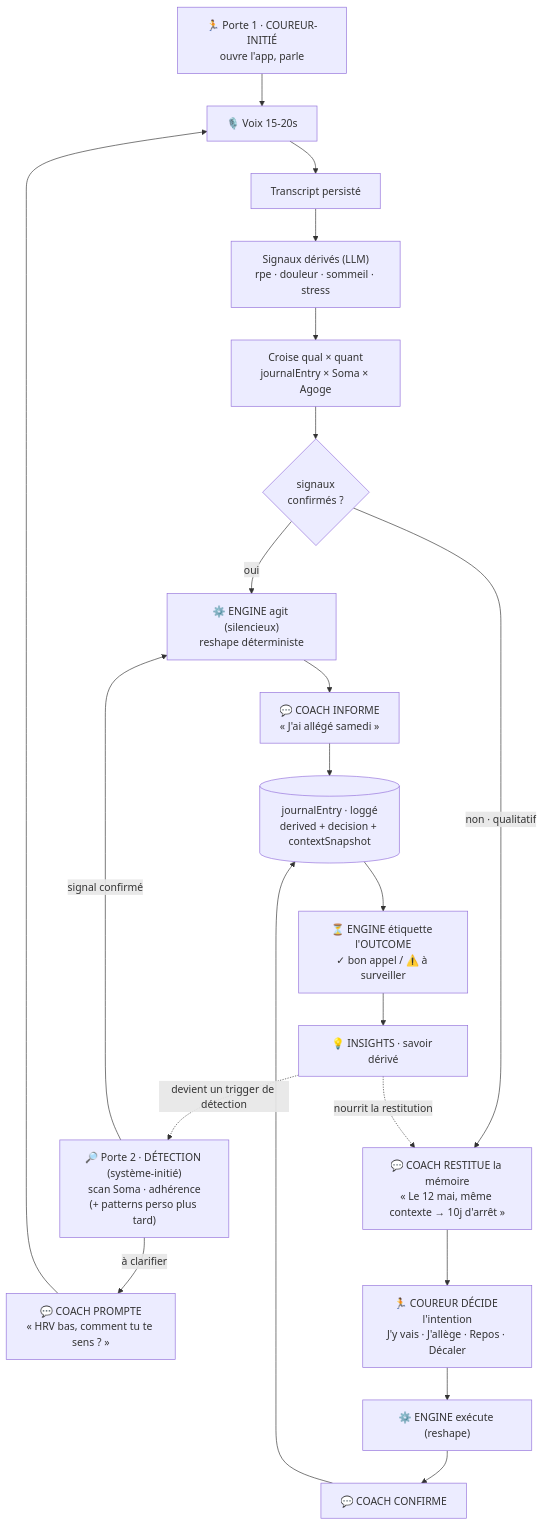
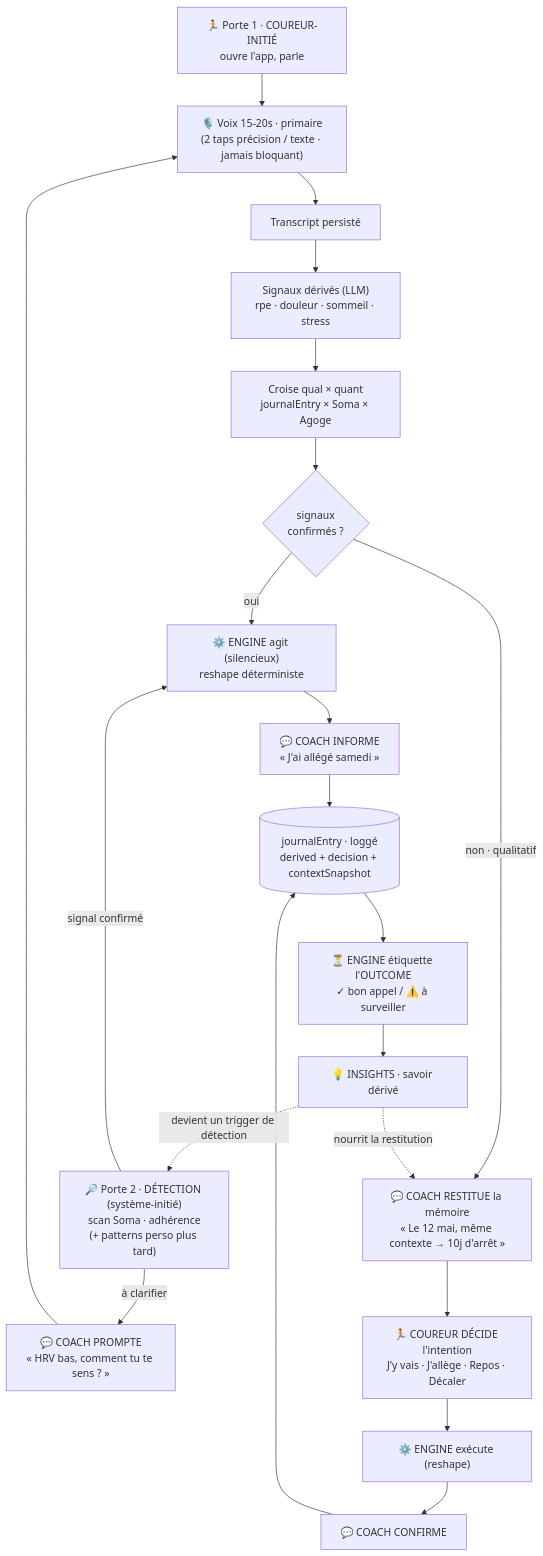
Before and after one commit to NativeSquare/Cadence: the diagram in docs/cadence-wedge-brief.md, drawn with Mermaid. The commit also changed other lines of this file and 29 other files, not shown here.

````diff
--- a/docs/cadence-wedge-brief.md
+++ b/docs/cadence-wedge-brief.md
@@ -142,27 +142,27 @@
 ```mermaid
 flowchart TB
   USER["🏃 Porte 1 · COUREUR-INITIÉ<br/>ouvre l'app, parle"]
   DET["🔎 Porte 2 · DÉTECTION (système-initié)<br/>scan Soma · adhérence<br/>(+ patterns perso plus tard)"]
 
   DET -- "signal confirmé" --> ENG1
   DET -- "à clarifier" --> PROMPT["💬 COACH PROMPTE<br/>« HRV bas, comment tu te sens ? »"]
   PROMPT --> V
-  USER --> V["🎙️ Voix 15-20s"]
+  USER --> V["🎙️ Voix 15-20s · primaire<br/>(2 taps précision / texte · jamais bloquant)"]
   V --> T["Transcript persisté"] --> D["Signaux dérivés (LLM)<br/>rpe · douleur · sommeil · stress"] --> X["Croise qual × quant<br/>journalEntry × Soma × Agoge"]
   X --> Q{"signaux<br/>confirmés ?"}
 
   Q -- "oui" --> ENG1["⚙️ ENGINE agit (silencieux)<br/>reshape déterministe"]
   ENG1 --> INF1["💬 COACH INFORME<br/>« J'ai allégé samedi »"]
 
   Q -- "non · qualitatif" --> RES["💬 COACH RESTITUE la mémoire<br/>« Le 12 mai, même contexte → 10j d'arrêt »"]
   RES --> DEC["🏃 COUREUR DÉCIDE l'intention<br/>J'y vais · J'allège · Repos · Décaler"]
   DEC --> ENG2["⚙️ ENGINE exécute (reshape)"]
   ENG2 --> INF2["💬 COACH CONFIRME"]
 
   INF1 --> LOG[("journalEntry · loggé<br/>derived + decision + contextSnapshot")]
   INF2 --> LOG
   LOG --> OUT["⏳ ENGINE étiquette l'OUTCOME<br/>✓ bon appel / ⚠️ à surveiller"]
   OUT --> INS["💡 INSIGHTS · savoir dérivé"]
   INS -. nourrit la restitution .-> RES
   INS -. devient un trigger de détection .-> DET
 ```
````
